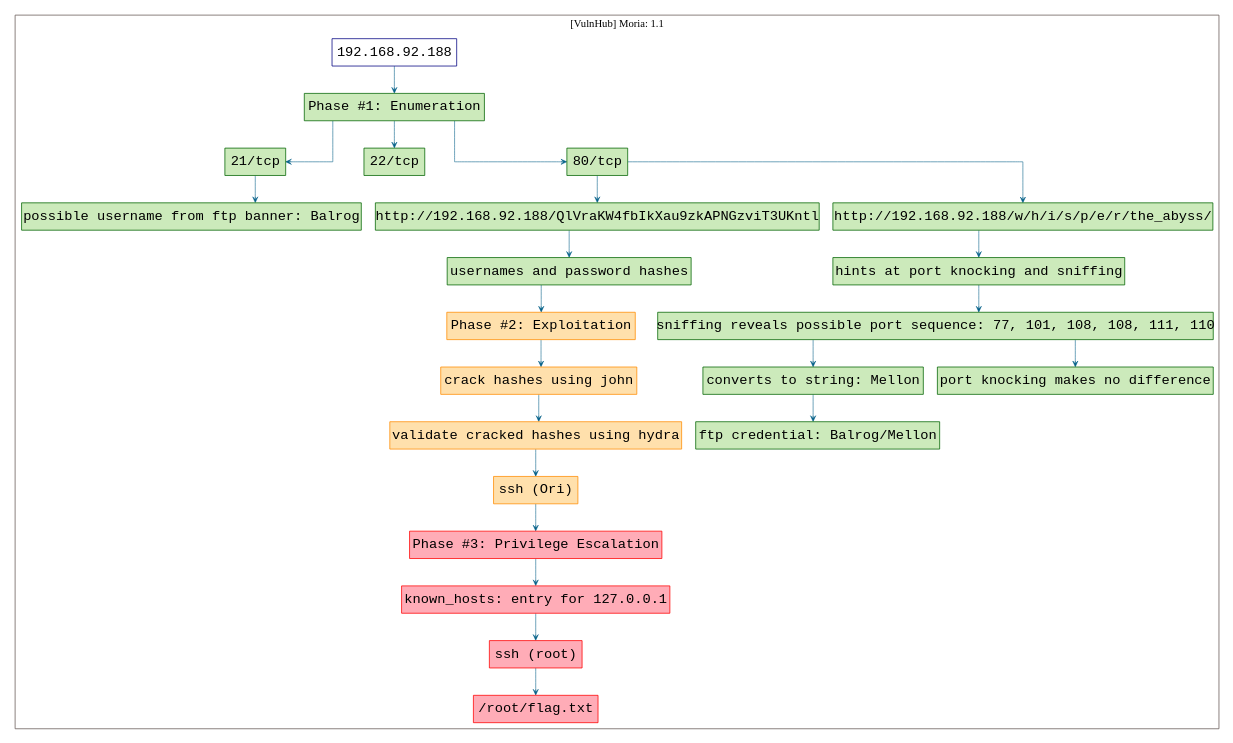
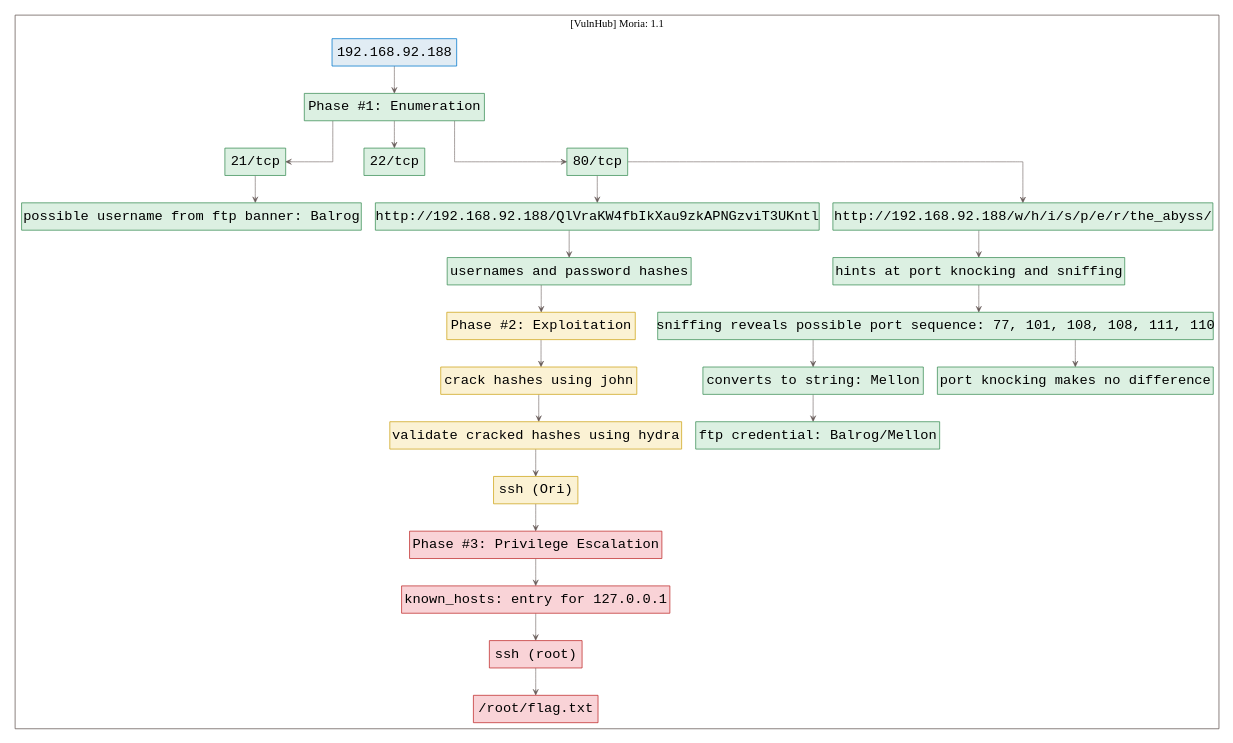
Before and after one commit to 7h3rAm/writeups: the diagram in vulnhub.moria11/killchain.dot, drawn with Graphviz. The commit also changed 110 other files, not shown here.

```diff
--- a/vulnhub.moria11/killchain.dot
+++ b/vulnhub.moria11/killchain.dot
@@ -1,56 +1,56 @@
 digraph G {
   #rankdir=LR;
   nodesdictep=1.0; splines="ortho"; K=0.6; overlap=scale; fixedsize=true; resolution=72; bgcolor="#ffffff"; outputorder="edgesfirst";
   node [fontname="courier" fontsize=18 shape=box width=0.25 fillcolor="white" style="filled,solid"];
-  edge [style=solid color="#005f87" penwidth=0.75 arrowhead=vee arrowsize=0.75 ];
+  edge [style=solid color="#665957" penwidth=0.75 arrowhead=vee arrowsize=0.75 ];
 
-  0[label="192.168.92.188" color="navyblue" fillcolor="#ffffff" tooltip="[VulnHub] Moria: 1.1"];
-  10[label="converts to string: Mellon" color="darkgreen" fillcolor="#cceabb" tooltip="Phase #1:Enumeration"];
-  11[label="ftp credential: Balrog/Mellon" color="darkgreen" fillcolor="#cceabb" tooltip="Phase #1:Enumeration"];
-  12[label="http://192.168.92.188/QlVraKW4fbIkXau9zkAPNGzviT3UKntl" color="darkgreen" fillcolor="#cceabb" tooltip="Phase #1:Enumeration"];
-  13[label="usernames and password hashes" color="darkgreen" fillcolor="#cceabb" tooltip="Phase #1:Enumeration"];
-  14[label="Phase #2: Exploitation" color="darkorange" fillcolor="#ffe0ac" tooltip="Phase #2:Exploitation"];
-  15[label="crack hashes using john" color="darkorange" fillcolor="#ffe0ac" tooltip="Phase #2:Exploitation"];
-  16[label="validate cracked hashes using hydra" color="darkorange" fillcolor="#ffe0ac" tooltip="Phase #2:Exploitation"];
-  17[label="ssh (Ori)" color="darkorange" fillcolor="#ffe0ac" tooltip="Phase #2:Exploitation"];
-  18[label="Phase #3: Privilege Escalation" color="red" fillcolor="#ffacb7" tooltip="Phase #3:Privilege Escalation"];
-  19[label="known_hosts: entry for 127.0.0.1" color="red" fillcolor="#ffacb7" tooltip="Phase #3:Privilege Escalation"];
-  1[label="Phase #1: Enumeration" color="darkgreen" fillcolor="#cceabb" tooltip="Phase #1:Enumeration"];
-  20[label="ssh (root)" color="red" fillcolor="#ffacb7" tooltip="Phase #3:Privilege Escalation"];
-  21[label="/root/flag.txt" color="red" fillcolor="#ffacb7" tooltip="Phase #3:Privilege Escalation"];
-  2[label="21/tcp" color="darkgreen" fillcolor="#cceabb" tooltip="Phase #1:Enumeration"];
-  3[label="possible username from ftp banner: Balrog" color="darkgreen" fillcolor="#cceabb" tooltip="Phase #1:Enumeration"];
-  4[label="22/tcp" color="darkgreen" fillcolor="#cceabb" tooltip="Phase #1:Enumeration"];
-  5[label="80/tcp" color="darkgreen" fillcolor="#cceabb" tooltip="Phase #1:Enumeration"];
-  6[label="http://192.168.92.188/w/h/i/s/p/e/r/the_abyss/" color="darkgreen" fillcolor="#cceabb" tooltip="Phase #1:Enumeration"];
-  7[label="hints at port knocking and sniffing" color="darkgreen" fillcolor="#cceabb" tooltip="Phase #1:Enumeration"];
-  8[label="sniffing reveals possible port sequence: 77, 101, 108, 108, 111, 110" color="darkgreen" fillcolor="#cceabb" tooltip="Phase #1:Enumeration"];
-  9[label="port knocking makes no difference" color="darkgreen" fillcolor="#cceabb" tooltip="Phase #1:Enumeration"];
+  0[label="192.168.92.188" color="#0077cc" fillcolor="#e1ecf4" tooltip="[VulnHub] Moria: 1.1"];
+  10[label="converts to string: Mellon" color="#3d8f58" fillcolor="#dcf0e2" tooltip="Phase #1:Enumeration"];
+  11[label="ftp credential: Balrog/Mellon" color="#3d8f58" fillcolor="#dcf0e2" tooltip="Phase #1:Enumeration"];
+  12[label="http://192.168.92.188/QlVraKW4fbIkXau9zkAPNGzviT3UKntl" color="#3d8f58" fillcolor="#dcf0e2" tooltip="Phase #1:Enumeration"];
+  13[label="usernames and password hashes" color="#3d8f58" fillcolor="#dcf0e2" tooltip="Phase #1:Enumeration"];
+  14[label="Phase #2: Exploitation" color="#cea51b" fillcolor="#fbf2d4" tooltip="Phase #2:Exploitation"];
+  15[label="crack hashes using john" color="#cea51b" fillcolor="#fbf2d4" tooltip="Phase #2:Exploitation"];
+  16[label="validate cracked hashes using hydra" color="#cea51b" fillcolor="#fbf2d4" tooltip="Phase #2:Exploitation"];
+  17[label="ssh (Ori)" color="#cea51b" fillcolor="#fbf2d4" tooltip="Phase #2:Exploitation"];
+  18[label="Phase #3: Privilege Escalation" color="#c02d2e" fillcolor="#f9d3d7" tooltip="Phase #3:Privilege Escalation"];
+  19[label="known_hosts: entry for 127.0.0.1" color="#c02d2e" fillcolor="#f9d3d7" tooltip="Phase #3:Privilege Escalation"];
+  1[label="Phase #1: Enumeration" color="#3d8f58" fillcolor="#dcf0e2" tooltip="Phase #1:Enumeration"];
+  20[label="ssh (root)" color="#c02d2e" fillcolor="#f9d3d7" tooltip="Phase #3:Privilege Escalation"];
+  21[label="/root/flag.txt" color="#c02d2e" fillcolor="#f9d3d7" tooltip="Phase #3:Privilege Escalation"];
+  2[label="21/tcp" color="#3d8f58" fillcolor="#dcf0e2" tooltip="Phase #1:Enumeration"];
+  3[label="possible username from ftp banner: Balrog" color="#3d8f58" fillcolor="#dcf0e2" tooltip="Phase #1:Enumeration"];
+  4[label="22/tcp" color="#3d8f58" fillcolor="#dcf0e2" tooltip="Phase #1:Enumeration"];
+  5[label="80/tcp" color="#3d8f58" fillcolor="#dcf0e2" tooltip="Phase #1:Enumeration"];
+  6[label="http://192.168.92.188/w/h/i/s/p/e/r/the_abyss/" color="#3d8f58" fillcolor="#dcf0e2" tooltip="Phase #1:Enumeration"];
+  7[label="hints at port knocking and sniffing" color="#3d8f58" fillcolor="#dcf0e2" tooltip="Phase #1:Enumeration"];
+  8[label="sniffing reveals possible port sequence: 77, 101, 108, 108, 111, 110" color="#3d8f58" fillcolor="#dcf0e2" tooltip="Phase #1:Enumeration"];
+  9[label="port knocking makes no difference" color="#3d8f58" fillcolor="#dcf0e2" tooltip="Phase #1:Enumeration"];
 
   subgraph cluster_0 {
     node [style="filled,solid"];
     label = "[VulnHub] Moria: 1.1";
     color = "#665957";
-    0 -> 1 [color="#005f87"];
-    1 -> 2 [color="#005f87"];
-    1 -> 4 [color="#005f87"];
-    1 -> 5 [color="#005f87"];
-    10 -> 11 [color="#005f87"];
-    12 -> 13 [color="#005f87"];
-    13 -> 14 [color="#005f87"];
-    14 -> 15 [color="#005f87"];
-    15 -> 16 [color="#005f87"];
-    16 -> 17 [color="#005f87"];
-    17 -> 18 [color="#005f87"];
-    18 -> 19 [color="#005f87"];
-    19 -> 20 [color="#005f87"];
-    2 -> 3 [color="#005f87"];
-    20 -> 21 [color="#005f87"];
-    5 -> 12 [color="#005f87"];
-    5 -> 6 [color="#005f87"];
-    6 -> 7 [color="#005f87"];
-    7 -> 8 [color="#005f87"];
-    8 -> 10 [color="#005f87"];
-    8 -> 9 [color="#005f87"];
+    0 -> 1 [color="#665957"];
+    1 -> 2 [color="#665957"];
+    1 -> 4 [color="#665957"];
+    1 -> 5 [color="#665957"];
+    10 -> 11 [color="#665957"];
+    12 -> 13 [color="#665957"];
+    13 -> 14 [color="#665957"];
+    14 -> 15 [color="#665957"];
+    15 -> 16 [color="#665957"];
+    16 -> 17 [color="#665957"];
+    17 -> 18 [color="#665957"];
+    18 -> 19 [color="#665957"];
+    19 -> 20 [color="#665957"];
+    2 -> 3 [color="#665957"];
+    20 -> 21 [color="#665957"];
+    5 -> 12 [color="#665957"];
+    5 -> 6 [color="#665957"];
+    6 -> 7 [color="#665957"];
+    7 -> 8 [color="#665957"];
+    8 -> 10 [color="#665957"];
+    8 -> 9 [color="#665957"];
   }
 }
```
